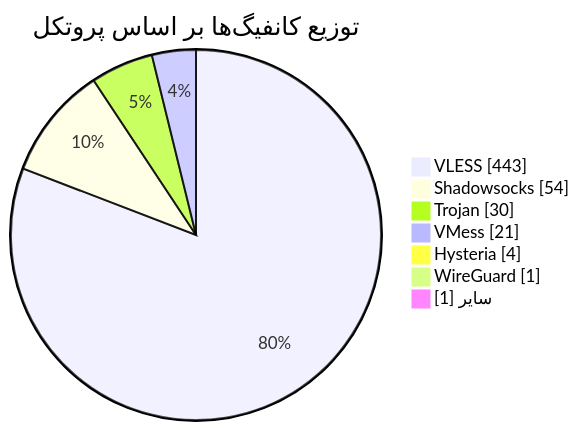
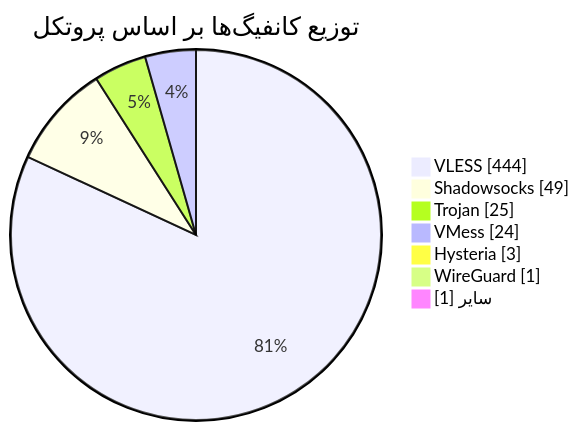
One commit to Arian-Alijani/Somthing changed the diagram in README.md. Above: the diagram before and after it, drawn with Mermaid. The commit also changed other lines of this file and 87 other files, not shown here.

````diff
--- a/README.md
+++ b/README.md
@@ -49,11 +49,11 @@
 ```mermaid
 pie showData
     title توزیع کانفیگ‌ها بر اساس پروتکل
-    "VLESS" : 443
-    "Shadowsocks" : 54
-    "Trojan" : 30
-    "VMess" : 21
-    "Hysteria" : 4
+    "VLESS" : 444
+    "Shadowsocks" : 49
+    "Trojan" : 25
+    "VMess" : 24
+    "Hysteria" : 3
     "WireGuard" : 1
     "سایر" : 1
 ```
````
